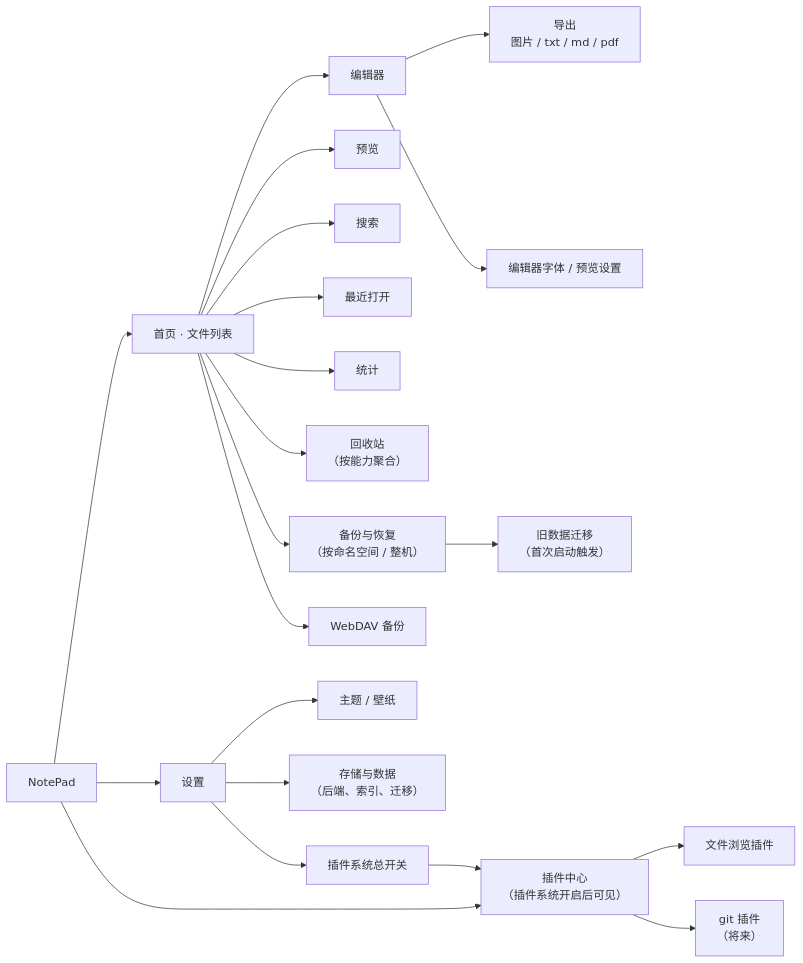
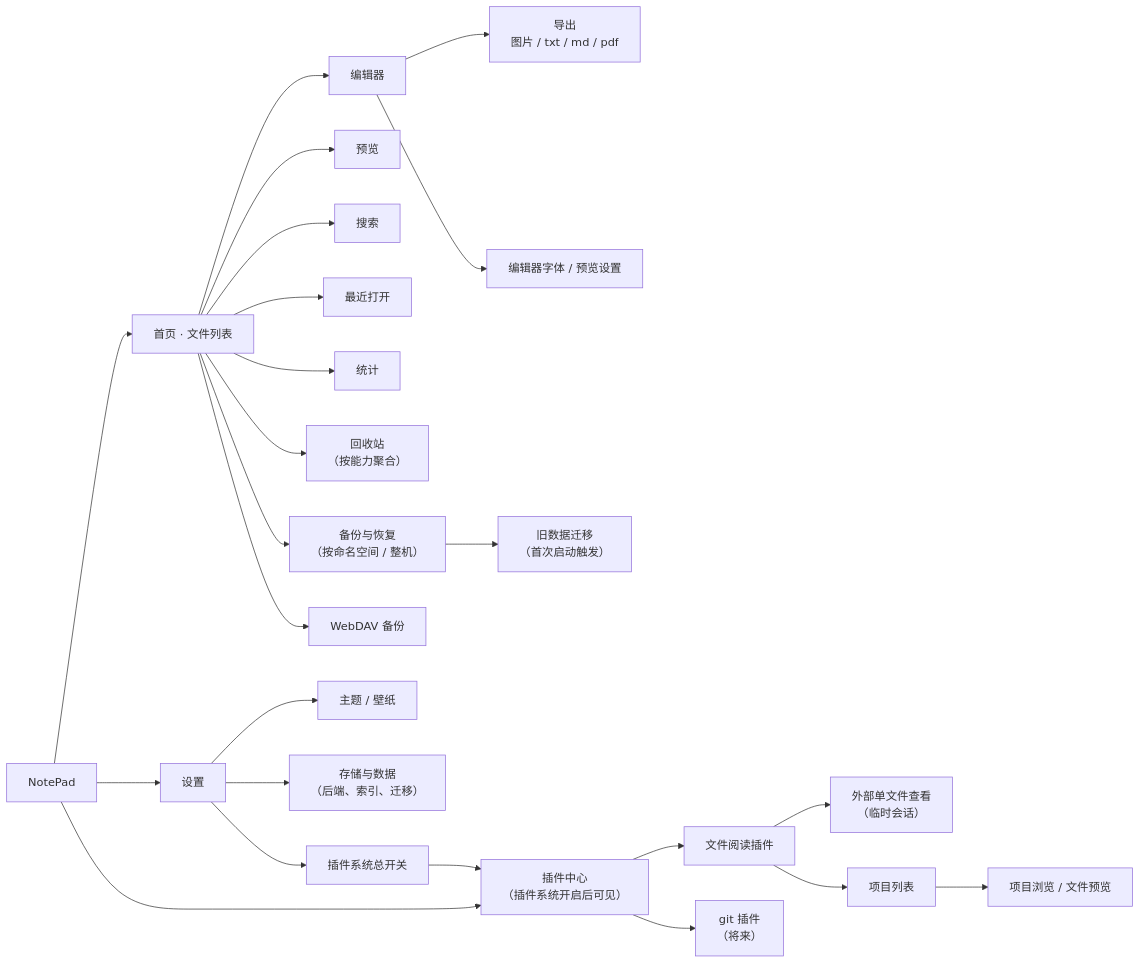
Before and after one commit to JcEvoX/S13F4J: the first of 8 diagrams in docs/product.md, drawn with Mermaid. The commit also changed other lines of this file and 5 other files, not shown here.

````diff
--- a/docs/product.md
+++ b/docs/product.md
@@ -164,27 +186,30 @@
 ```mermaid
 flowchart LR
     App["NotePad"]
     App --> Home["首页 · 文件列表"]
     App --> Settings["设置"]
     App --> Plugins["插件中心<br/>（插件系统开启后可见）"]
 
     Home --> Editor["编辑器"]
     Home --> Preview["预览"]
     Home --> Search["搜索"]
     Home --> Recent["最近打开"]
     Home --> Stats["统计"]
     Home --> Trash["回收站<br/>（按能力聚合）"]
     Home --> Backup["备份与恢复<br/>（按命名空间 / 整机）"]
     Home --> WebDAV["WebDAV 备份"]
     Editor --> Export["导出<br/>图片 / txt / md / pdf"]
     Editor --> EditorSettings["编辑器字体 / 预览设置"]
 
     Settings --> Theme["主题 / 壁纸"]
     Settings --> Storage["存储与数据<br/>（后端、索引、迁移）"]
     Settings --> PluginSwitch["插件系统总开关"]
     PluginSwitch --> Plugins
-    Plugins --> FileBrowser["文件浏览插件"]
+    Plugins --> FileBrowser["文件阅读插件"]
+    FileBrowser --> OpenFile["外部单文件查看<br/>（临时会话）"]
+    FileBrowser --> ProjectList["项目列表"]
+    ProjectList --> ProjectBrowse["项目浏览 / 文件预览"]
     Plugins --> Git["git 插件<br/>（将来）"]
 
     Backup --> Migration["旧数据迁移<br/>（首次启动触发）"]
 ```
````
